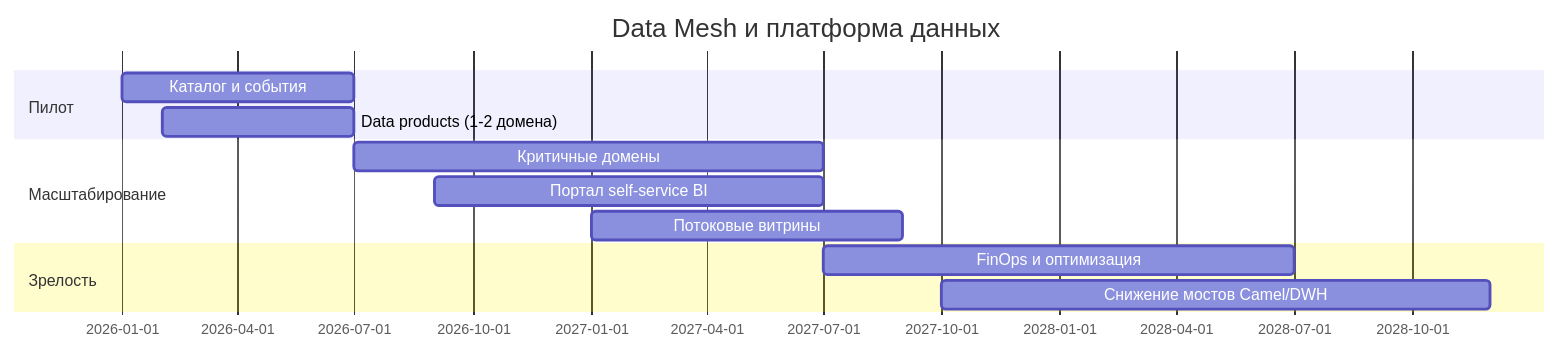
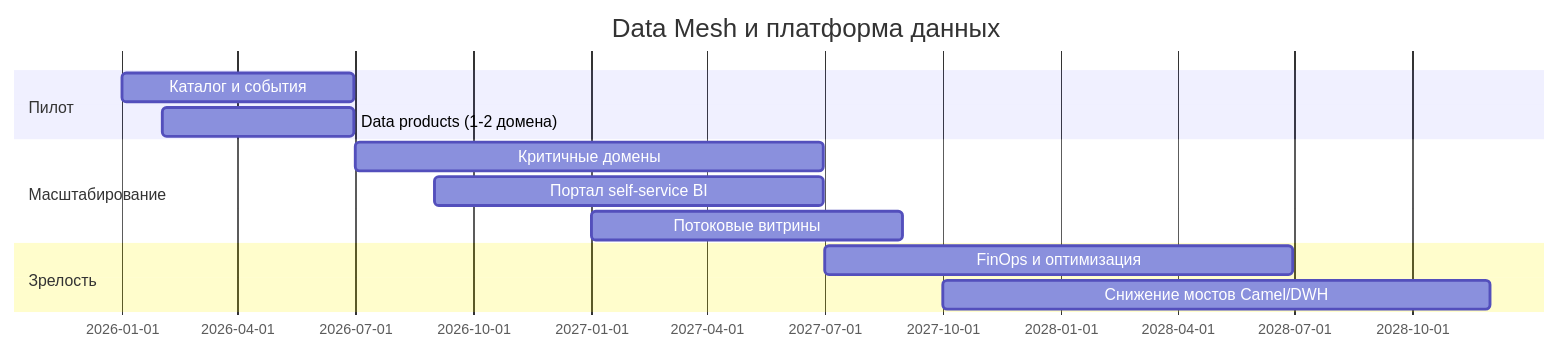
The diagram in Task5Advanced/roadmap.md (MorKaragh/architecture-future_2_0), drawn with Mermaid before and after one commit. The commit also changed 8 other files, not shown here.

````diff
--- a/Task5Advanced/roadmap.md
+++ b/Task5Advanced/roadmap.md
@@ -52,15 +52,15 @@
 ```mermaid
 gantt
     title Data Mesh и платформа данных
-    dateFormat  YYYY-MM
+    dateFormat  YYYY-MM-DD
     section Пилот
-    Каталог и события           :p1, 2026-01, 6M
-    Data products (1-2 домена)  :p2, 2026-02, 5M
+    Каталог и события           :p1, 2026-01-01, 2026-06-30
+    Data products (1-2 домена)  :p2, 2026-02-01, 2026-06-30
     section Масштабирование
-    Критичные домены            :s1, 2026-07, 12M
-    Портал self-service BI      :s2, 2026-09, 10M
-    Потоковые витрины           :s3, 2027-01, 8M
+    Критичные домены            :s1, 2026-07-01, 2027-06-30
+    Портал self-service BI      :s2, 2026-09-01, 2027-06-30
+    Потоковые витрины           :s3, 2027-01-01, 2027-08-31
     section Зрелость
-    FinOps и оптимизация        :z1, 2027-07, 12M
-    Снижение мостов Camel/DWH   :z2, 2027-10, 14M
+    FinOps и оптимизация        :z1, 2027-07-01, 2028-06-30
+    Снижение мостов Camel/DWH   :z2, 2027-10-01, 2028-11-30
 ```
````
